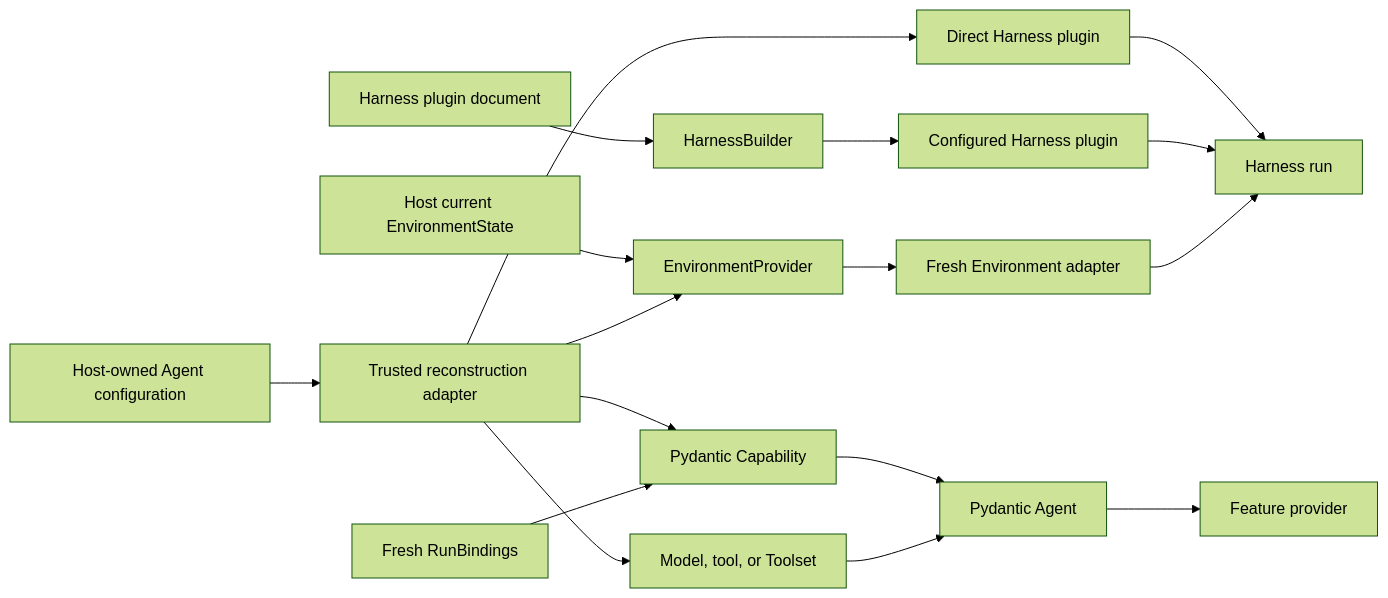
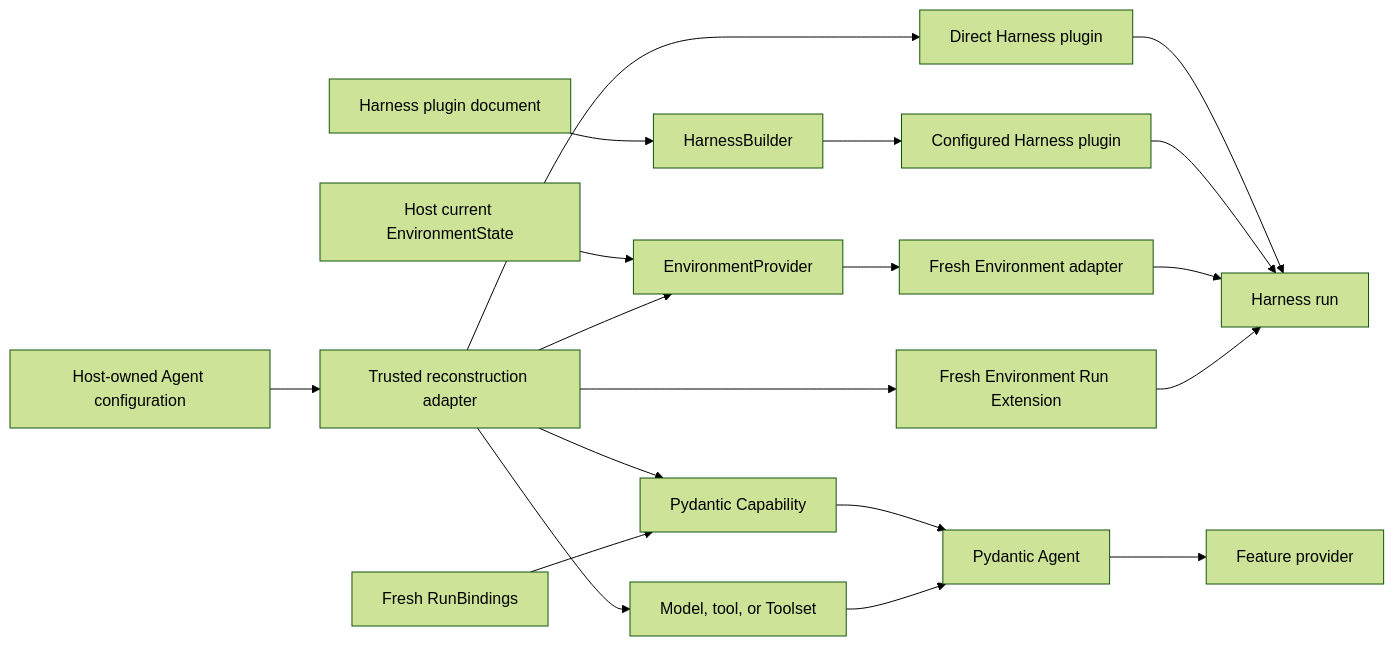
One commit to LTThreeComma/agent-foundation changed the third of 4 diagrams in spec/README.md. Above: the diagram before and after it, drawn with Mermaid (forest theme). The commit also changed other lines of this file and 17 other files, not shown here.

````diff
--- a/spec/README.md
+++ b/spec/README.md
@@ -292,17 +293,18 @@
 ```mermaid
 flowchart LR
     HostConfig[Host-owned Agent configuration] --> Adapter[Trusted reconstruction adapter]
     Adapter --> DirectPlugin[Direct Harness plugin]
     PluginConfig[Harness plugin document] --> Builder[HarnessBuilder]
     Builder --> ConfiguredPlugin[Configured Harness plugin]
     Adapter --> Capability[Pydantic Capability]
     Adapter --> Native[Model, tool, or Toolset]
     RunAuthority[Fresh RunBindings] --> Capability
     HostState[Host current EnvironmentState] --> EnvProvider[EnvironmentProvider]
     Adapter --> EnvProvider
     EnvProvider --> Environment[Fresh Environment adapter]
+    Adapter --> RunExtension[Fresh Environment Run Extension]
     DirectPlugin & ConfiguredPlugin --> Harness[Harness run]
     Capability & Native --> Agent[Pydantic Agent]
-    Environment --> Harness
+    Environment & RunExtension --> Harness
     Agent --> Provider[Feature provider]
 ```
````
